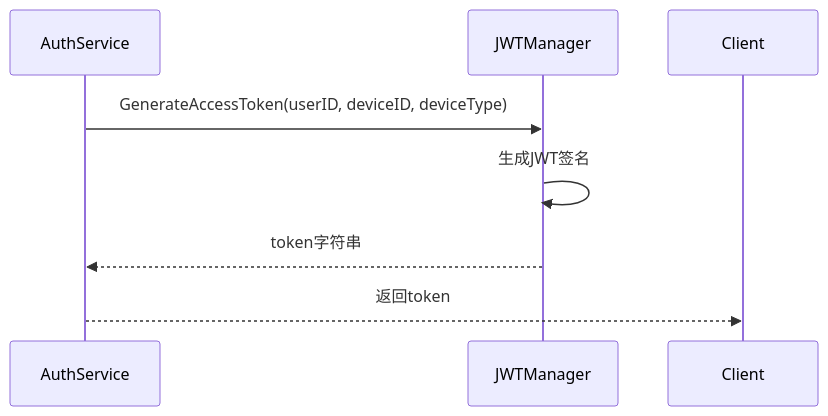
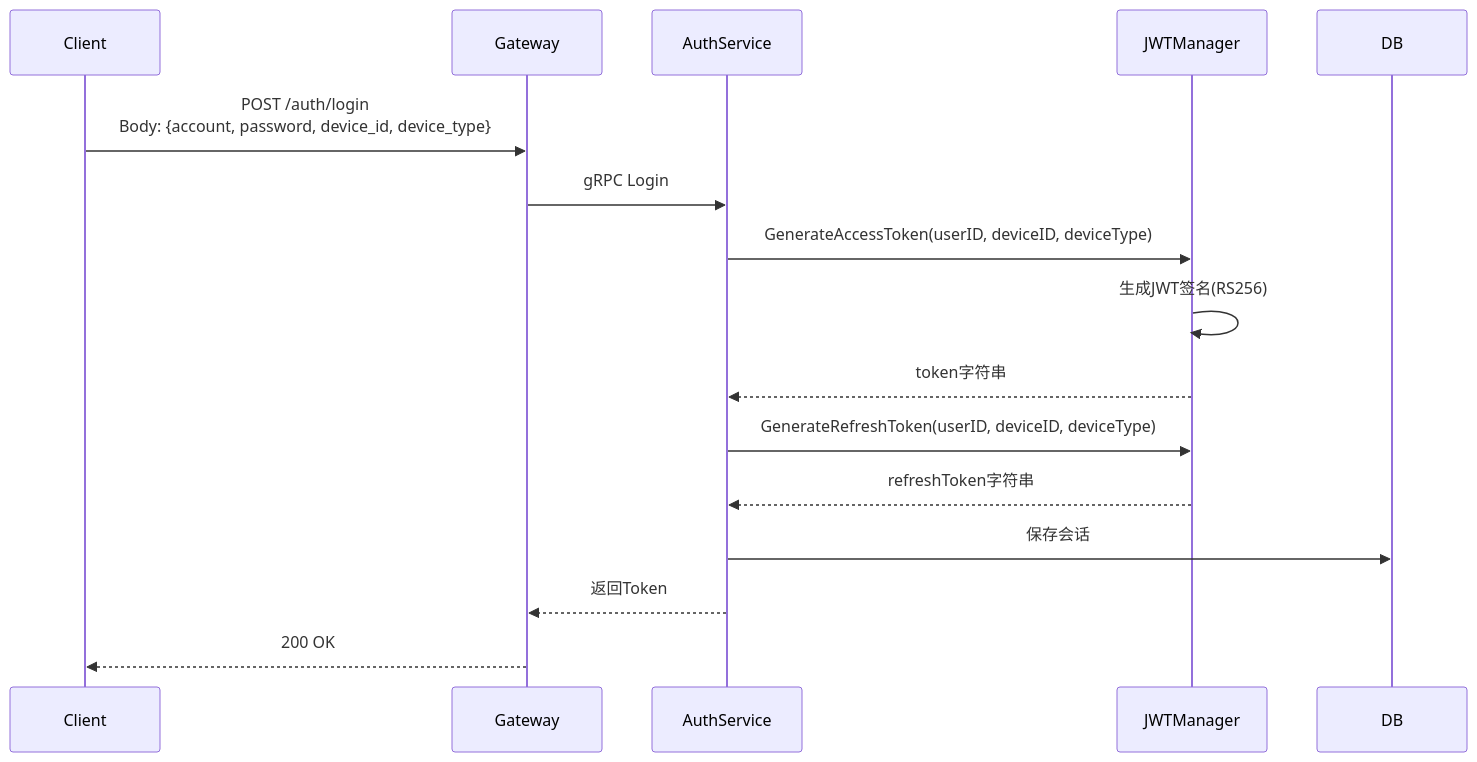
One commit to yzhgit/anychat-server changed the first of 3 diagrams in docs/design/auth/token.md. Above: the diagram before and after it, drawn with Mermaid. The commit also changed other lines of this file and 30 other files, not shown here.

First line of the commit message:
docs: 更新设计文档时序图，添加Gateway和NATS参与者

````diff
--- a/docs/design/auth/token.md
+++ b/docs/design/auth/token.md
@@ -37,10 +37,19 @@
 ```mermaid
 sequenceDiagram
+    participant Client
+    participant Gateway
     participant AuthService
     participant JWTManager
+    participant DB
 
+    Client->>Gateway: POST /auth/login<br/>Body: {account, password, device_id, device_type}
+    Gateway->>AuthService: gRPC Login
     AuthService->>JWTManager: GenerateAccessToken(userID, deviceID, deviceType)
-    JWTManager->>JWTManager: 生成JWT签名
+    JWTManager->>JWTManager: 生成JWT签名(RS256)
     JWTManager-->>AuthService: token字符串
-    AuthService-->>Client: 返回token
+    AuthService->>JWTManager: GenerateRefreshToken(userID, deviceID, deviceType)
+    JWTManager-->>AuthService: refreshToken字符串
+    AuthService->>DB: 保存会话
+    AuthService-->>Gateway: 返回Token
+    Gateway-->>Client: 200 OK
 ```
````
